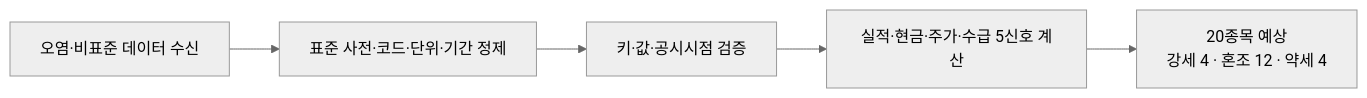
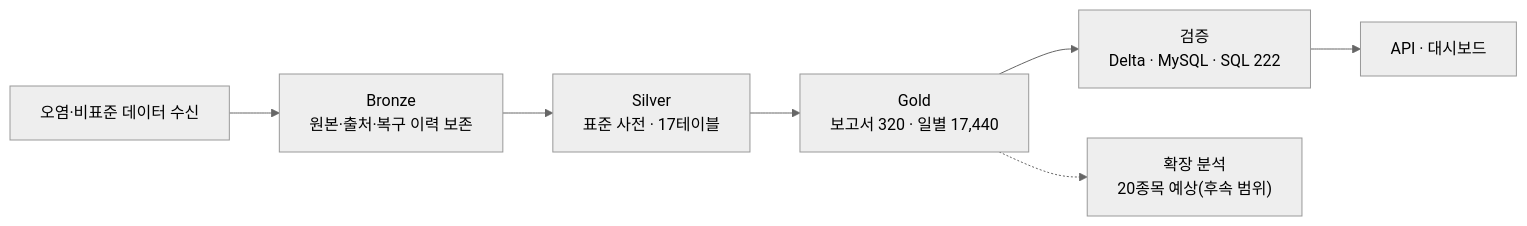
Before and after one commit to 2nd-MLOps-engineer-2/Team-Zero: the first of 3 diagrams in README.md, drawn with Mermaid (neutral theme). The commit also changed other lines of this file and 2 other files, not shown here.

First line of the commit message:
docs: lead README with Bronze-Silver-Gold results, forecasts as extension

````diff
--- a/README.md
+++ b/README.md
@@ -9,7 +14,9 @@
 ```mermaid
 flowchart LR
-    A["오염·비표준 데이터 수신"] --> B["표준 사전·코드·단위·기간 정제"]
-    B --> C["키·값·공시시점 검증"]
-    C --> D["실적·현금·주가·수급 5신호 계산"]
-    D --> E["20종목 예상<br/>강세 4 · 혼조 12 · 약세 4"]
+    A["오염·비표준 데이터 수신"] --> B["Bronze<br/>원본·출처·복구 이력 보존"]
+    B --> S["Silver<br/>표준 사전 · 17테이블"]
+    S --> G["Gold<br/>보고서 320 · 일별 17,440"]
+    G --> V["검증<br/>Delta · MySQL · SQL 222"]
+    V --> D["API · 대시보드"]
+    G -.-> E["확장 분석<br/>20종목 예상(후속 범위)"]
 ```
````
